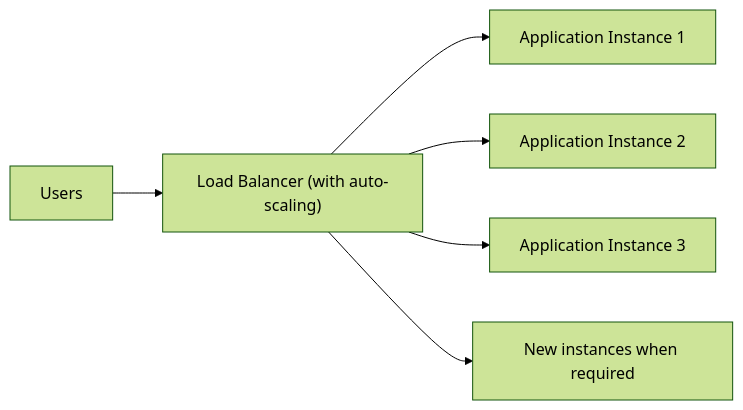
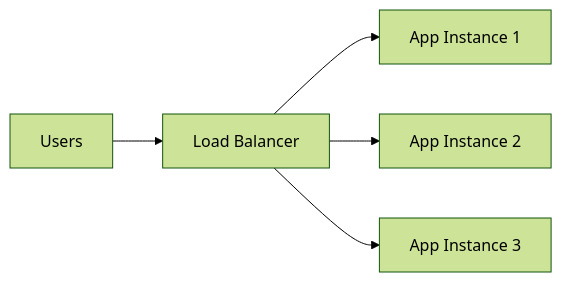
One commit to AvadhBhalodiya/Interview-Preparation changed the second of 15 diagrams in src/content/devops/load-balancing-auto-scaling.md. Above: the diagram before and after it, drawn with Mermaid (forest theme). The commit also changed other lines of this file and 54 other files, not shown here.

````diff
--- a/src/content/devops/load-balancing-auto-scaling.md
+++ b/src/content/devops/load-balancing-auto-scaling.md
@@ -65,8 +72,7 @@
 ```mermaid
 flowchart LR
-    U[Users] --> LB["Load Balancer (with auto-scaling)"]
-    LB --> A1[Application Instance 1]
-    LB --> A2[Application Instance 2]
-    LB --> A3[Application Instance 3]
-    LB --> A4[New instances when required]
+    U[Users] --> LB[Load Balancer]
+    LB --> A1[App Instance 1]
+    LB --> A2[App Instance 2]
+    LB --> A3[App Instance 3]
 ```
````
